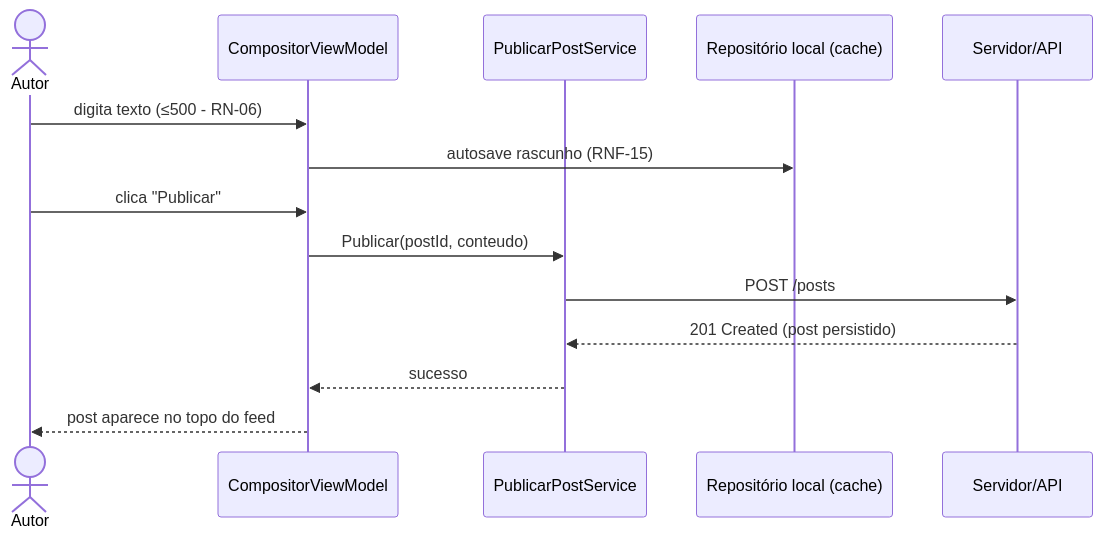
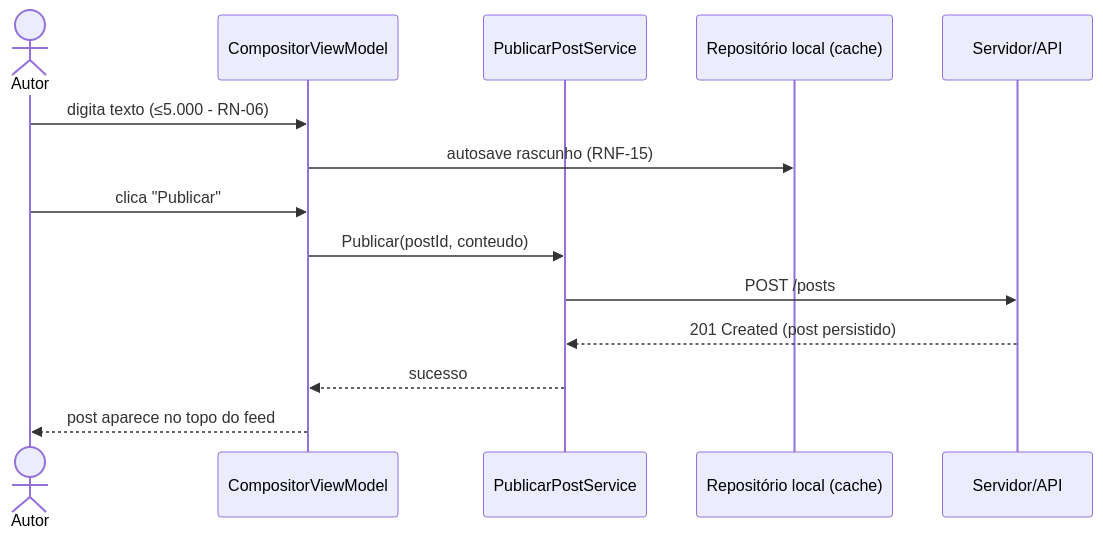
One commit to Agora-s-Space/Social.Agora changed the second of 6 diagrams in Agora.Docs/02 Modelagem/Fluxos Principais.md. Above: the diagram before and after it, drawn with Mermaid. The commit also changed other lines of this file and 28 other files, not shown here.

````diff
--- a/Agora.Docs/02 Modelagem/Fluxos Principais.md
+++ b/Agora.Docs/02 Modelagem/Fluxos Principais.md
@@ -38,17 +38,17 @@
 ```mermaid
 sequenceDiagram
     actor U as Autor
     participant VM as CompositorViewModel
     participant APP as PublicarPostService
     participant DB as Repositório local (cache)
     participant SRV as Servidor/API
 
-    U->>VM: digita texto (≤500 - RN-06)
+    U->>VM: digita texto (≤5.000 - RN-06)
     VM->>DB: autosave rascunho (RNF-15)
     U->>VM: clica "Publicar"
     VM->>APP: Publicar(postId, conteudo)
     APP->>SRV: POST /posts
     SRV-->>APP: 201 Created (post persistido)
     APP-->>VM: sucesso
     VM-->>U: post aparece no topo do feed
 ```
````
